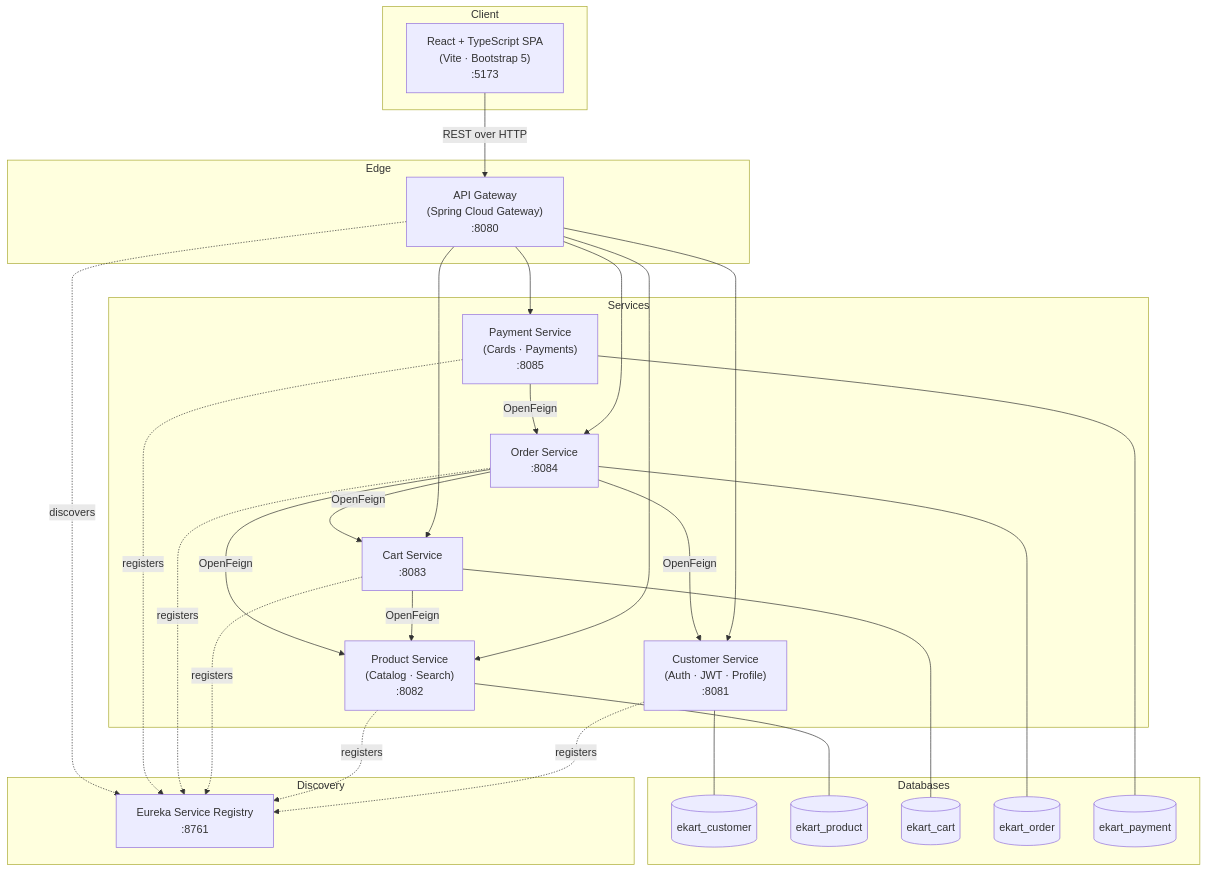
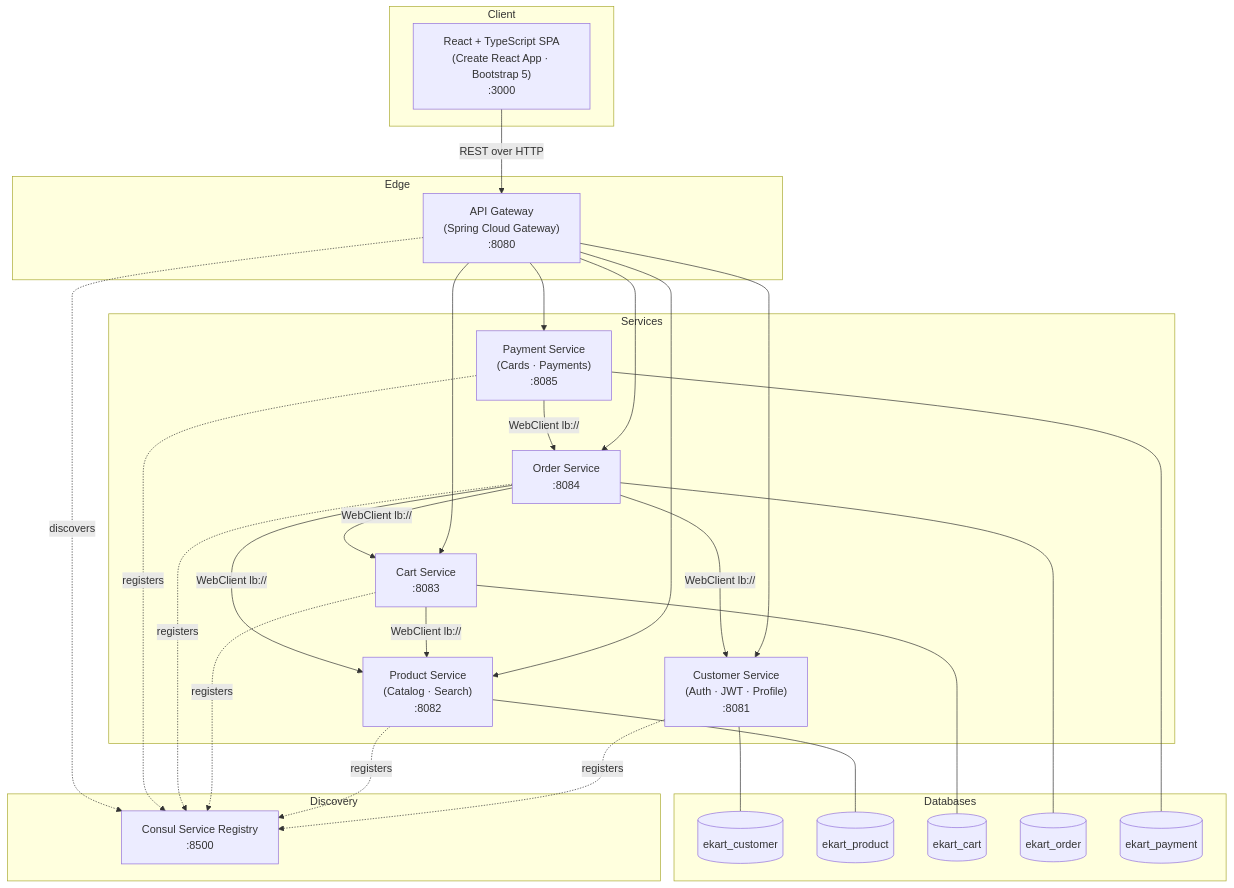
One commit to mazinsk2125/ekart changed the diagram in README.md. Above: the diagram before and after it, drawn with Mermaid. The commit also changed other lines of this file and 230 other files, not shown here.

````diff
--- a/README.md
+++ b/README.md
@@ -11,57 +11,57 @@
 ```mermaid
 flowchart TD
     subgraph Client
-        FE["React + TypeScript SPA<br/>(Vite · Bootstrap 5)<br/>:5173"]
+        FE["React + TypeScript SPA<br/>(Create React App · Bootstrap 5)<br/>:3000"]
     end
 
     subgraph Edge
         GW["API Gateway<br/>(Spring Cloud Gateway)<br/>:8080"]
     end
 
     subgraph Discovery
-        EUREKA["Eureka Service Registry<br/>:8761"]
+        CONSUL["Consul Service Registry<br/>:8500"]
     end
 
     subgraph Services
         CUST["Customer Service<br/>(Auth · JWT · Profile)<br/>:8081"]
         PROD["Product Service<br/>(Catalog · Search)<br/>:8082"]
         CART["Cart Service<br/>:8083"]
         ORDER["Order Service<br/>:8084"]
         PAY["Payment Service<br/>(Cards · Payments)<br/>:8085"]
     end
 
     subgraph Databases
         DBC[("ekart_customer")]
         DBP[("ekart_product")]
         DBT[("ekart_cart")]
         DBO[("ekart_order")]
         DBY[("ekart_payment")]
     end
 
     FE -->|REST over HTTP| GW
 
     GW --> CUST
     GW --> PROD
     GW --> CART
     GW --> ORDER
     GW --> PAY
 
-    CUST -. registers .-> EUREKA
-    PROD -. registers .-> EUREKA
-    CART -. registers .-> EUREKA
-    ORDER -. registers .-> EUREKA
-    PAY -. registers .-> EUREKA
-    GW   -. discovers .-> EUREKA
+    CUST -. registers .-> CONSUL
+    PROD -. registers .-> CONSUL
+    CART -. registers .-> CONSUL
+    ORDER -. registers .-> CONSUL
+    PAY -. registers .-> CONSUL
+    GW   -. discovers .-> CONSUL
 
-    CART -->|OpenFeign| PROD
-    ORDER -->|OpenFeign| CART
-    ORDER -->|OpenFeign| PROD
-    ORDER -->|OpenFeign| CUST
-    PAY  -->|OpenFeign| ORDER
+    CART -->|WebClient lb://| PROD
+    ORDER -->|WebClient lb://| CART
+    ORDER -->|WebClient lb://| PROD
+    ORDER -->|WebClient lb://| CUST
+    PAY  -->|WebClient lb://| ORDER
 
     CUST --- DBC
     PROD --- DBP
     CART --- DBT
     ORDER --- DBO
     PAY  --- DBY
 ```
````
